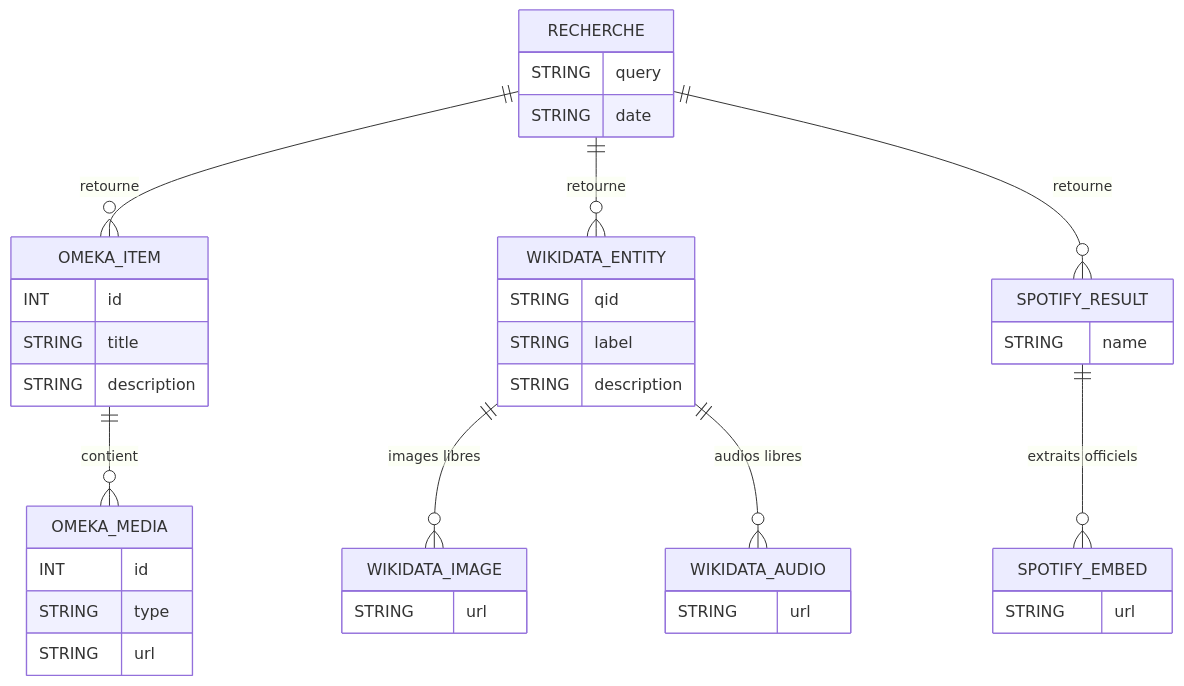
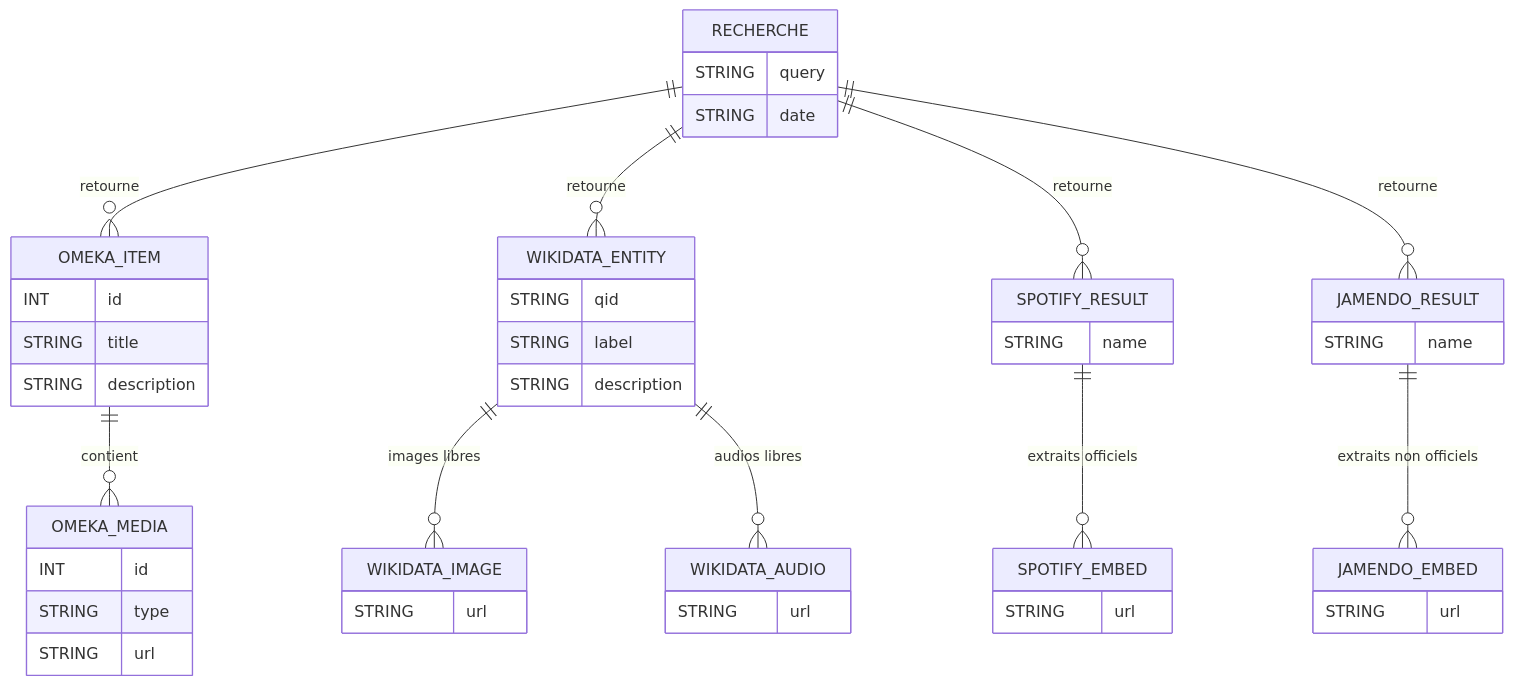
One commit to AmraneSB/Pandor- changed the diagram in README.md. Above: the diagram before and after it, drawn with Mermaid.

Commit message:
Enhance ER diagram with JAMENDO entities
Added relationships and attributes for JAMENDO_RESULT and JAMENDO_EMBED.

````diff
--- a/README.md
+++ b/README.md
@@ -51,55 +51,65 @@
 ```mermaid
 
 
 erDiagram
     RECHERCHE ||--o{ OMEKA_ITEM : retourne
     RECHERCHE ||--o{ WIKIDATA_ENTITY : retourne
     RECHERCHE ||--o{ SPOTIFY_RESULT : retourne
+    RECHERCHE ||--o{ JAMENDO_RESULT : retourne
 
     OMEKA_ITEM ||--o{ OMEKA_MEDIA : contient
 
     WIKIDATA_ENTITY ||--o{ WIKIDATA_IMAGE : "images libres"
     WIKIDATA_ENTITY ||--o{ WIKIDATA_AUDIO : "audios libres"
 
     SPOTIFY_RESULT ||--o{ SPOTIFY_EMBED : "extraits officiels"
+
+    JAMENDO_RESULT ||--o{ JAMENDO_EMBED : "extraits non officiels"
 
     RECHERCHE {
       STRING query
       STRING date
     }
 
     OMEKA_ITEM {
       INT id
       STRING title
       STRING description
     }
 
     OMEKA_MEDIA {
       INT id
       STRING type
       STRING url
     }
 
     WIKIDATA_ENTITY {
       STRING qid
       STRING label
       STRING description
     }
 
     WIKIDATA_IMAGE {
       STRING url
     }
 
     WIKIDATA_AUDIO {
       STRING url
     }
 
     SPOTIFY_RESULT {
       STRING name
     }
 
     SPOTIFY_EMBED {
       STRING url
     }
 
+    JAMENDO_RESULT {
+      STRING name
+    }
+
+    JAMENDO_EMBED {
+      STRING url
+    }
 ```
````
